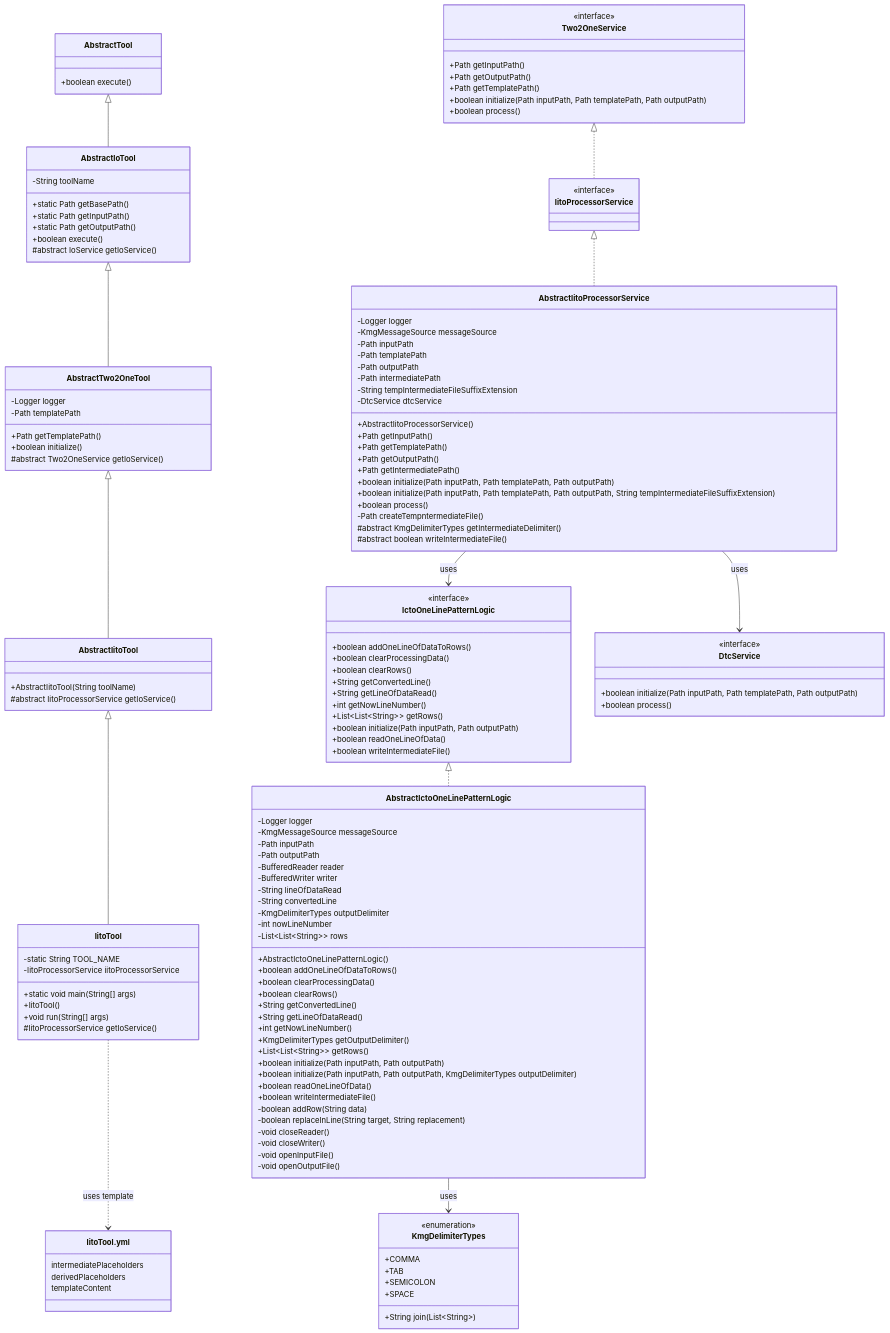
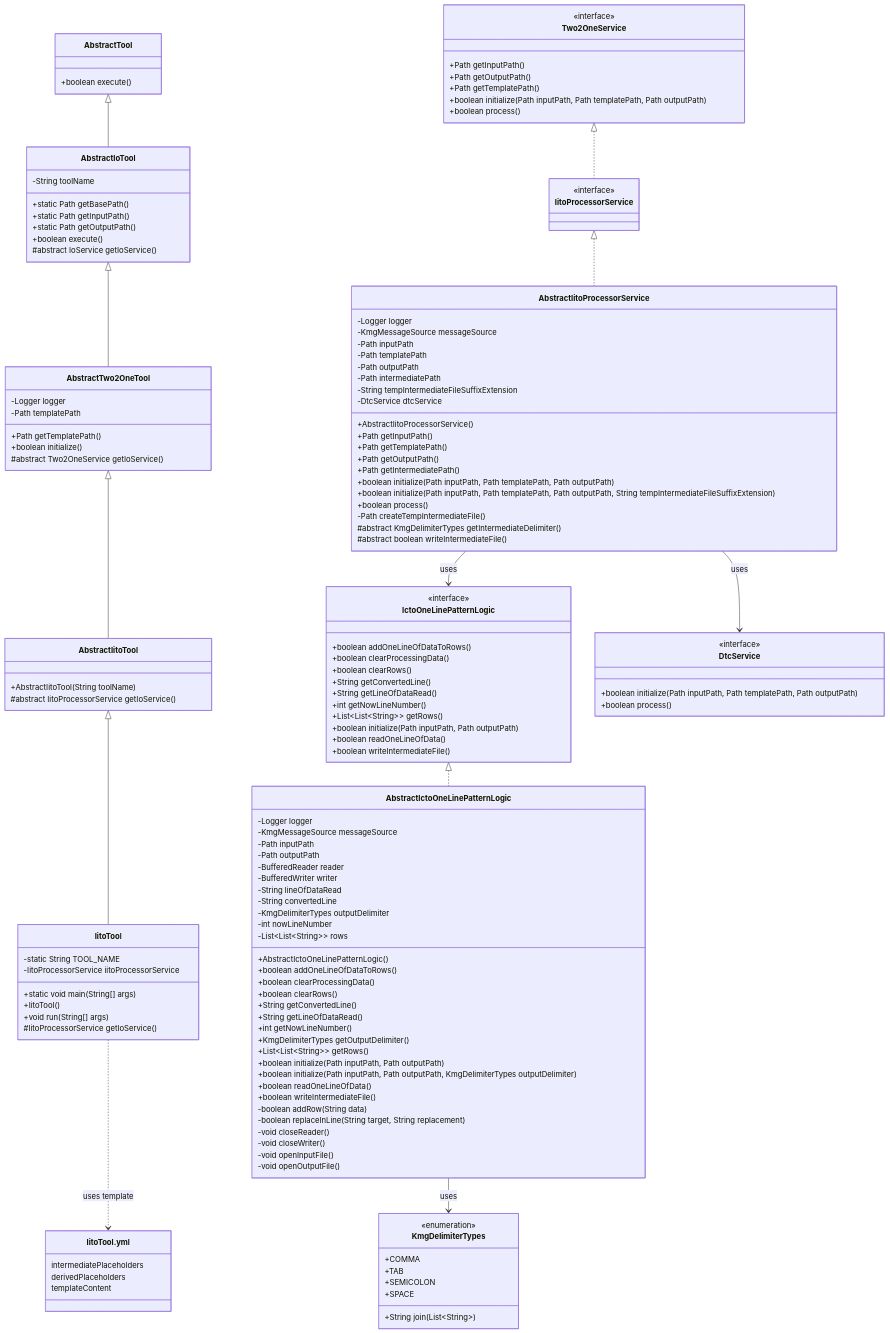
One commit to KenichiroArai/kmg-tool-base changed the first of 3 diagrams in docs/設計書/入力、中間、テンプレート、出力の設計図.md. Above: the diagram before and after it, drawn with Mermaid. The commit also changed other lines of this file and 118 other files, not shown here.

First line of the commit message:
#175 coderabbitaiの指摘修正。Javadocを更新し、複数のファイルにわたるメソッド名の誤字を修正しました。設計ドキュメント、サービス実装、テストにおいて、「createTempntermediateFile」を「createTempIntermediateFile」に修正しました。ドキュメント内の様々なパッケージに新しいJavadocファイルを追加しました。これにより、コードベースの明確さと一貫性が向上します。

```diff
--- a/docs/設計書/入力、中間、テンプレート、出力の設計図.md
+++ b/docs/設計書/入力、中間、テンプレート、出力の設計図.md
@@ -88,7 +88,7 @@
         +boolean initialize(Path inputPath, Path templatePath, Path outputPath)
         +boolean initialize(Path inputPath, Path templatePath, Path outputPath, String tempIntermediateFileSuffixExtension)
         +boolean process()
-        -Path createTempntermediateFile()
+        -Path createTempIntermediateFile()
         #abstract KmgDelimiterTypes getIntermediateDelimiter()
         #abstract boolean writeIntermediateFile()
     }
```
